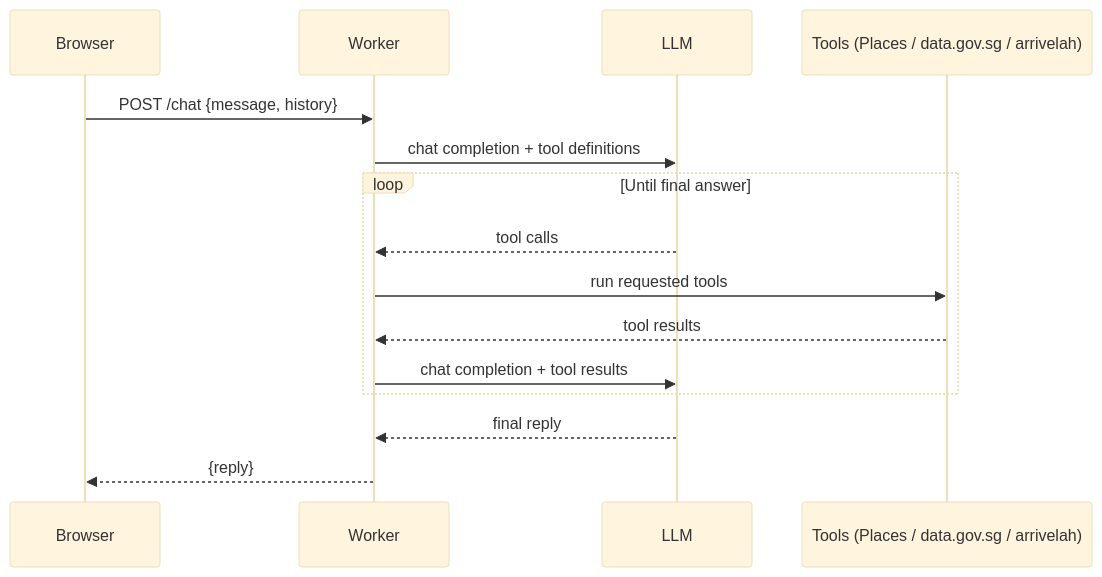
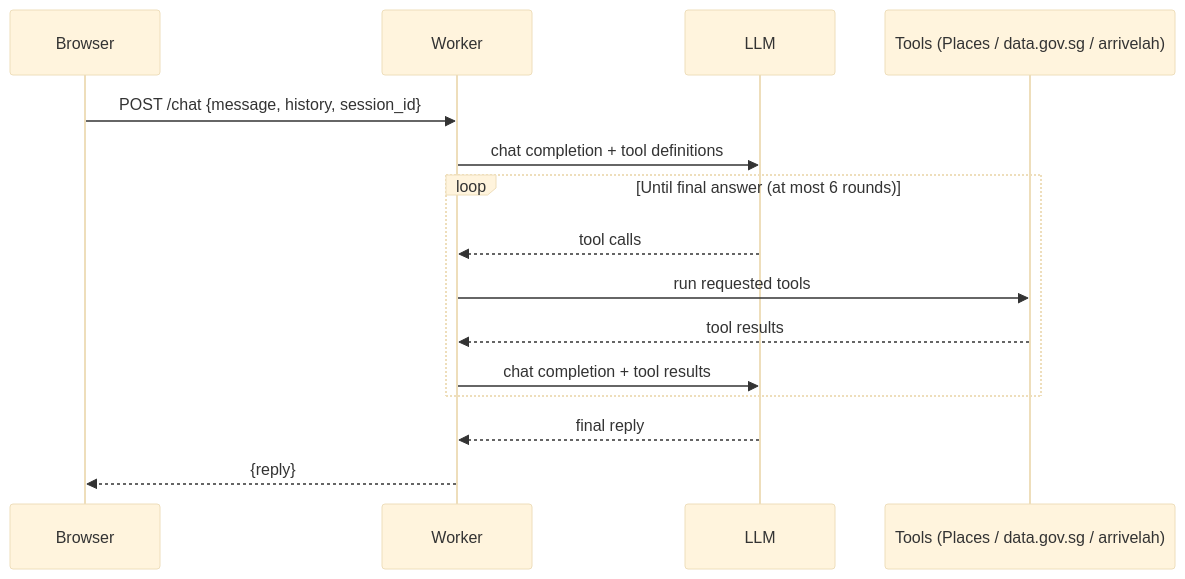
One commit to work67/lunch-uncle changed the diagram in README.md. Above: the diagram before and after it, drawn with Mermaid (base theme). The commit also changed other lines of this file and 3 other files, not shown here.

````diff
--- a/README.md
+++ b/README.md
@@ -11,18 +13,18 @@
 ```mermaid
 sequenceDiagram
     participant Browser
     participant Worker
     participant LLM
     participant Tools as Tools (Places / data.gov.sg / arrivelah)
 
-    Browser->>Worker: POST /chat {message, history}
+    Browser->>Worker: POST /chat {message, history, session_id}
     Worker->>LLM: chat completion + tool definitions
-    loop Until final answer
+    loop Until final answer (at most 6 rounds)
         LLM-->>Worker: tool calls
         Worker->>Tools: run requested tools
         Tools-->>Worker: tool results
         Worker->>LLM: chat completion + tool results
     end
     LLM-->>Worker: final reply
     Worker-->>Browser: {reply}
 ```
````
